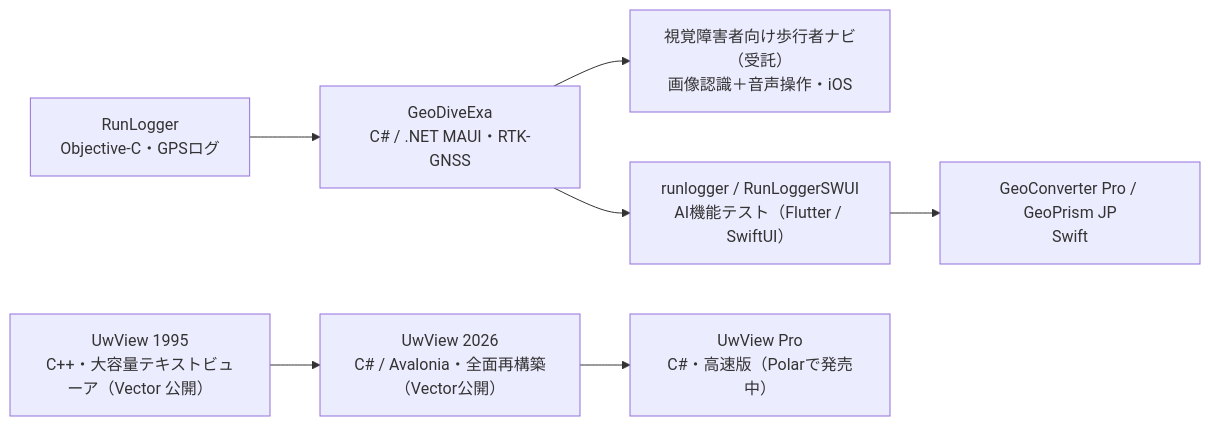
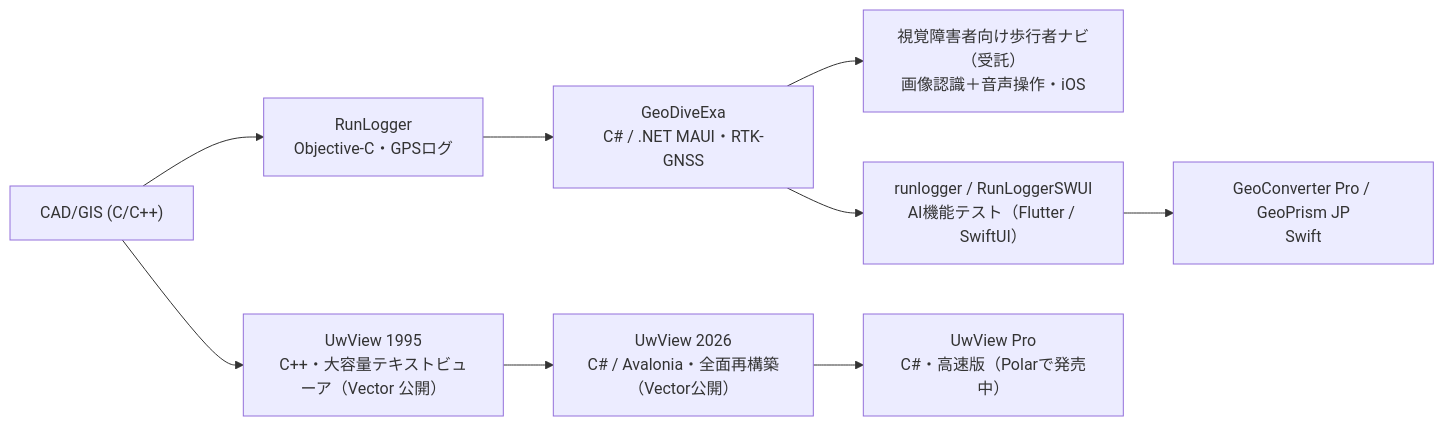
Before and after one commit to amru195704/amru195704: the diagram in README.md, drawn with Mermaid. The commit also changed 1 other file, not shown here.

Commit message:
技術視点をCAD/GISにする

````diff
--- a/README.md
+++ b/README.md
@@ -100,9 +100,11 @@
 ```mermaid
 flowchart LR
-    RL["RunLogger<br/>Objective-C・GPSログ"] --> GDE["GeoDiveExa<br/>C# / .NET MAUI・RTK-GNSS"]
+    CADGIS["CAD/GIS (C/C++)"] --> RL["RunLogger<br/>Objective-C・GPSログ"]
+    CADGIS --> UW1995
+    RL --> GDE["GeoDiveExa<br/>C# / .NET MAUI・RTK-GNSS"]
     GDE --> NAVI["視覚障害者向け歩行者ナビ（受託）<br/>画像認識＋音声操作・iOS"]
     GDE --> TEST["runlogger / RunLoggerSWUI<br/>AI機能テスト（Flutter / SwiftUI）"]
     TEST --> SWIFT["GeoConverter Pro / GeoPrism JP<br/>Swift"]
     UW1995["UwView 1995<br/>C++・大容量テキストビューア（Vector 公開）"] --> UW2026["UwView 2026<br/>C# / Avalonia・全面再構築（Vector公開）"]
     UW2026 --> UWPRO["UwView Pro<br/>C#・高速版（Polarで発売中）"]
 ```
````
